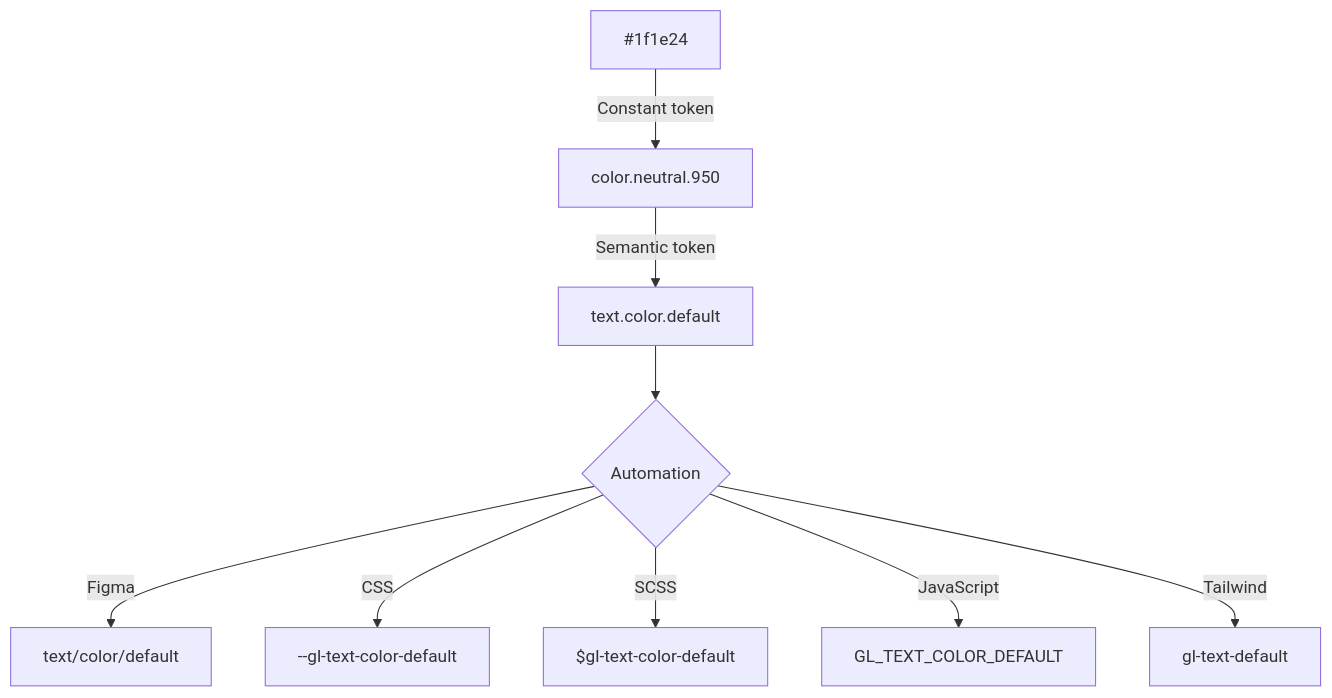
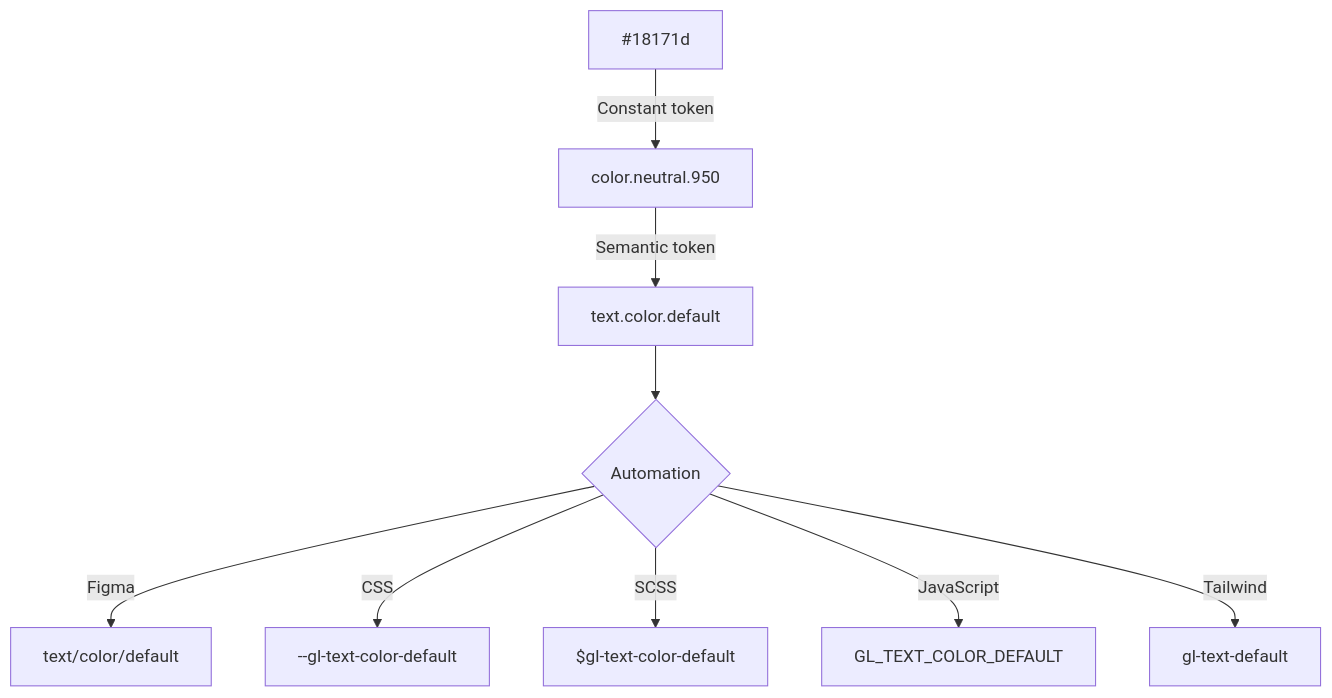
Before and after one commit to khulnasoft-lab/khulnasoft-ui: the diagram in doc/contributing/design_tokens.md, drawn with Mermaid. The commit also changed other lines of this file and 13 other files, not shown here.

````diff
--- a/doc/contributing/design_tokens.md
+++ b/doc/contributing/design_tokens.md
@@ -133,11 +133,11 @@
 ```mermaid
 flowchart TD
-    A[#1f1e24] -->|Constant token| B[color.neutral.950]
+    A[#18171d] -->|Constant token| B[color.neutral.950]
     B -->|Semantic token| C[text.color.default]
     C --> D{Automation}
     D -->|Figma| E[text/color/default]
     D -->|CSS| F[--gl-text-color-default]
     D -->|SCSS| G[$gl-text-color-default]
     D -->|JavaScript| H[GL_TEXT_COLOR_DEFAULT]
     D -->|Tailwind| I[gl-text-default]
 ```
````
